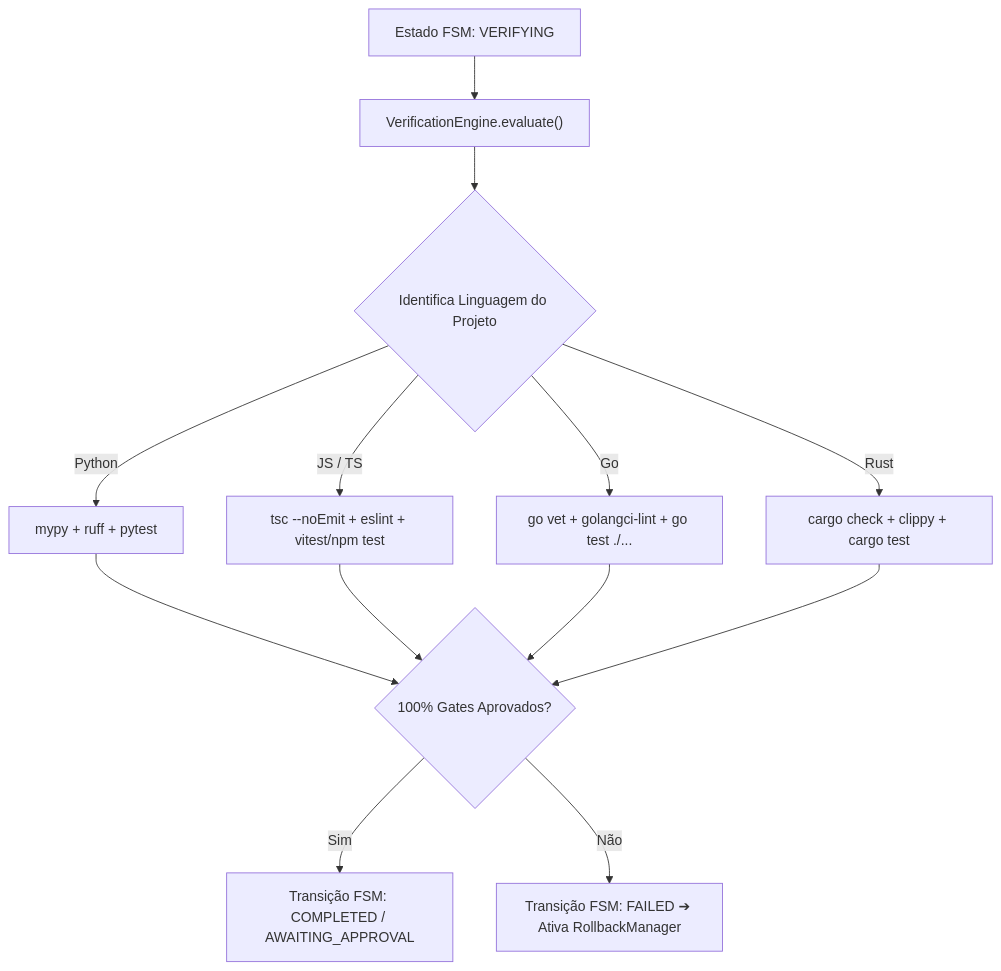
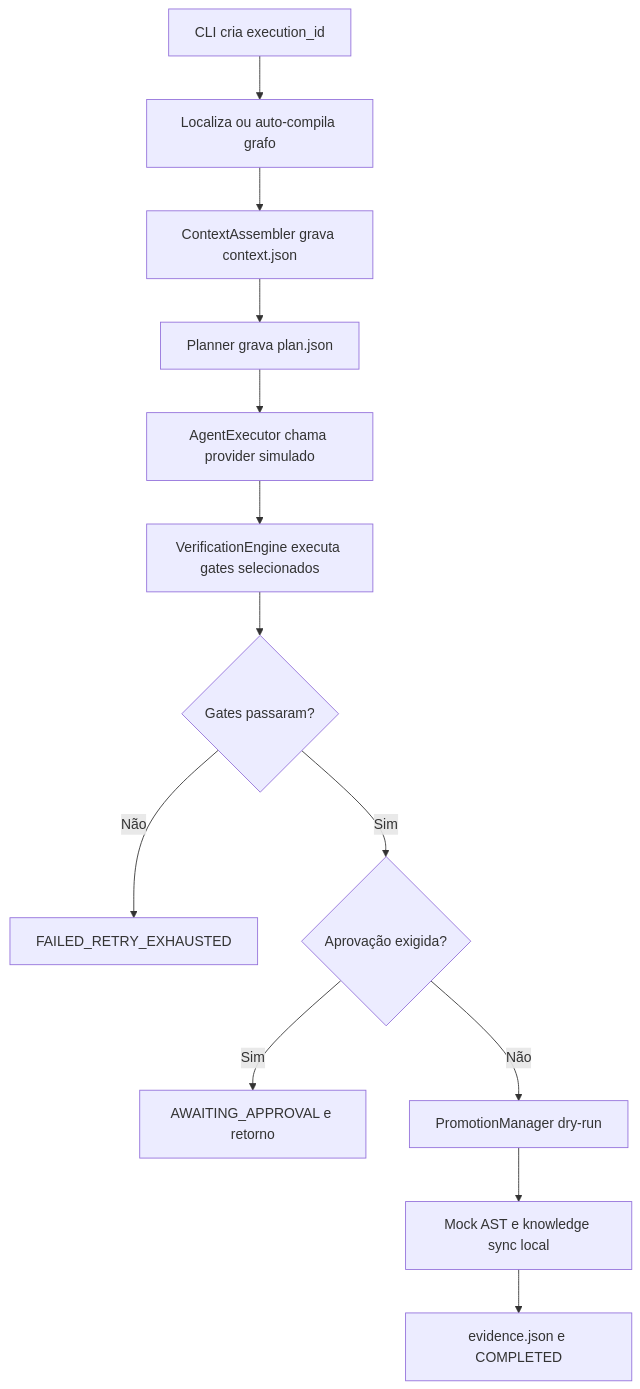
One commit to Wf-ops1/Harnessinfra changed the diagram in docs/walkthrough.md. Above: the diagram before and after it, drawn with Mermaid. The commit also changed other lines of this file and 10 other files, not shown here.

````diff
--- a/docs/walkthrough.md
+++ b/docs/walkthrough.md
@@ -178,17 +63,15 @@
 ```mermaid
 flowchart TD
-    A["Estado FSM: VERIFYING"] --> B["VerificationEngine.evaluate()"]
-    B --> C{"Identifica Linguagem do Projeto"}
-    C -->|Python| D["mypy + ruff + pytest"]
-    C -->|JS / TS| E["tsc --noEmit + eslint + vitest/npm test"]
-    C -->|Go| F["go vet + golangci-lint + go test ./..."]
-    C -->|Rust| G["cargo check + clippy + cargo test"]
-    
-    D --> H{"100% Gates Aprovados?"}
-    E --> H
-    F --> H
-    G --> H
-    
-    H -->|Sim| I["Transição FSM: COMPLETED / AWAITING_APPROVAL"]
-    H -->|Não| J["Transição FSM: FAILED ➔ Ativa RollbackManager"]
+    A["CLI cria execution_id"] --> B["Localiza ou auto-compila grafo"]
+    B --> C["ContextAssembler grava context.json"]
+    C --> D["Planner grava plan.json"]
+    D --> E["AgentExecutor chama provider simulado"]
+    E --> F["VerificationEngine executa gates selecionados"]
+    F --> G{"Gates passaram?"}
+    G -->|Não| H["FAILED_RETRY_EXHAUSTED"]
+    G -->|Sim| I{"Aprovação exigida?"}
+    I -->|Sim| J["AWAITING_APPROVAL e retorno"]
+    I -->|Não| K["PromotionManager dry-run"]
+    K --> L["Mock AST e knowledge sync local"]
+    L --> M["evidence.json e COMPLETED"]
 ```
````
